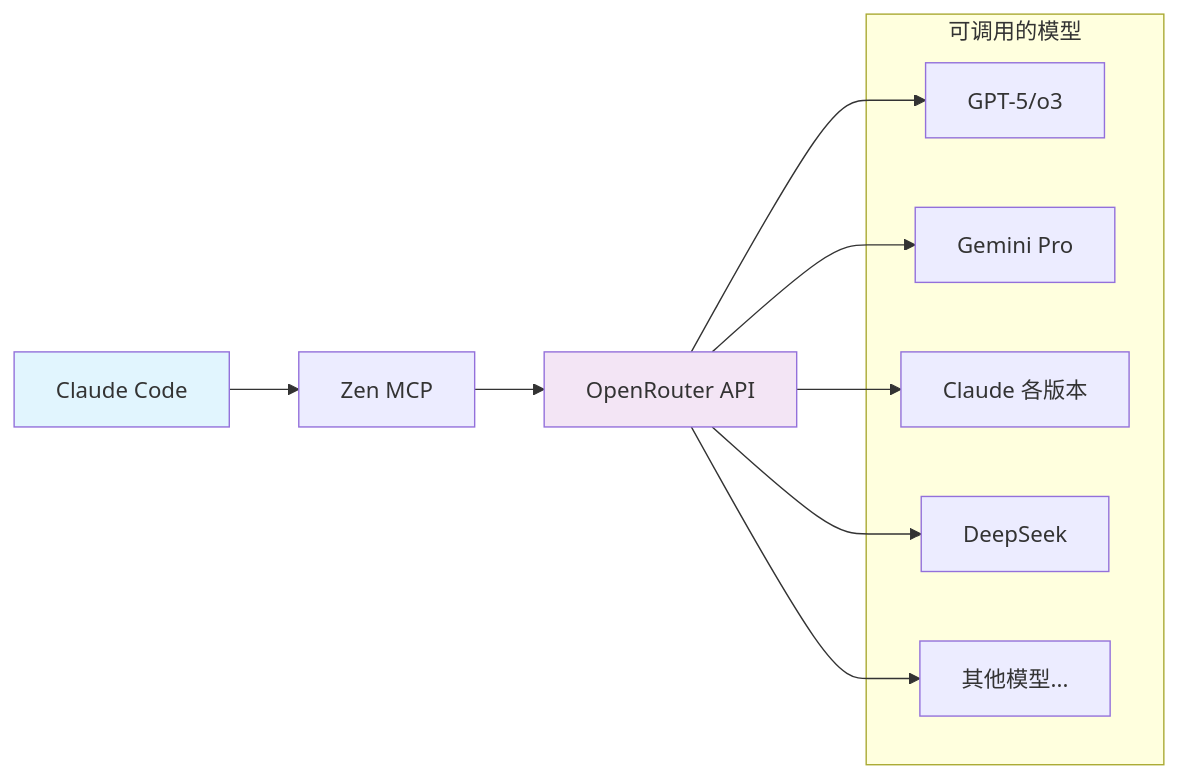
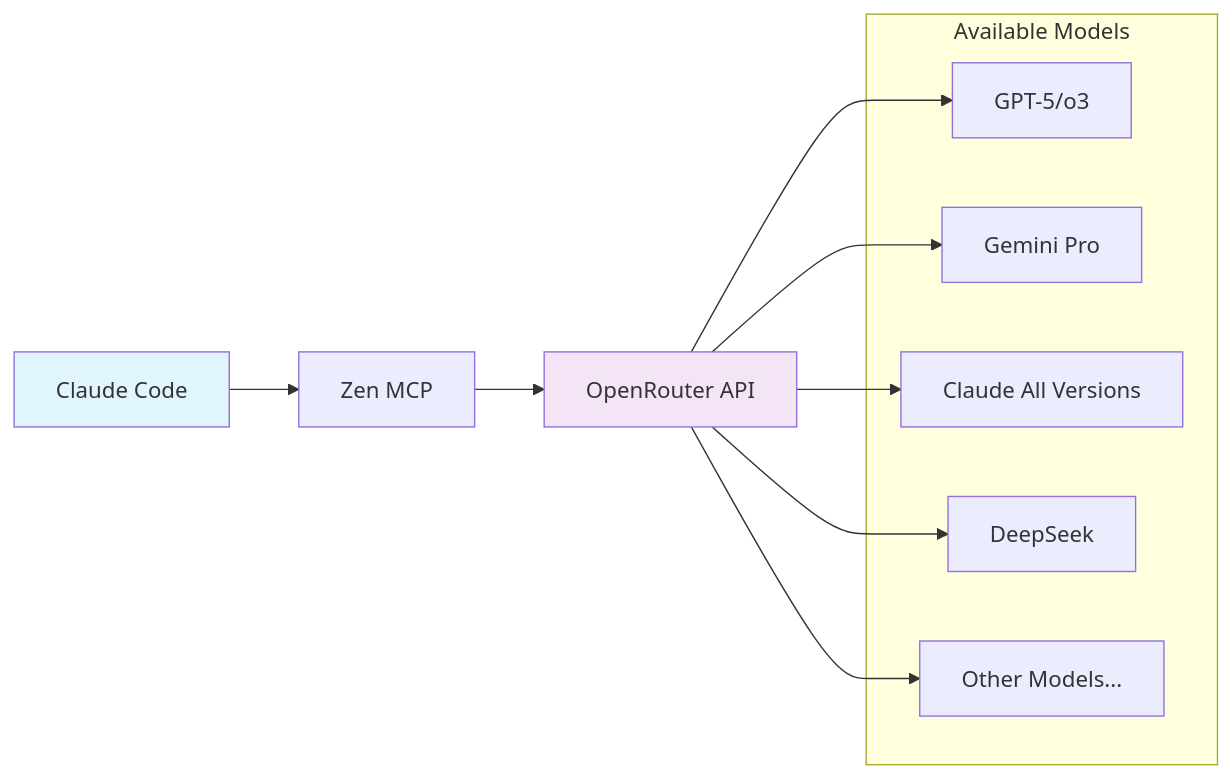
The fourth of 4 diagrams in _posts/2025-09-05-claude-code-mcp-recommendations-en.md (woodywang/woodywang.github.io), drawn with Mermaid before and after one commit. The commit also changed other lines of this file and 5 other files, not shown here.

First line of the commit message:
fix: translate Chinese text in mermaid diagrams across all English posts

````diff
--- a/_posts/2025-09-05-claude-code-mcp-recommendations-en.md
+++ b/_posts/2025-09-05-claude-code-mcp-recommendations-en.md
@@ -162,22 +162,22 @@
 ```mermaid
 graph LR
     A[Claude Code] --> B[Zen MCP]
     B --> C[OpenRouter API]
 
-    subgraph "可调用的模型"
+    subgraph "Available Models"
         D[GPT-5/o3]
         E[Gemini Pro]
-        F[Claude 各版本]
+        F[Claude All Versions]
         G[DeepSeek]
-        H[其他模型...]
+        H[Other Models...]
     end
 
     C --> D
     C --> E
     C --> F
     C --> G
     C --> H
 
     style A fill:#e1f5fe
     style C fill:#f3e5f5
 ```
````
